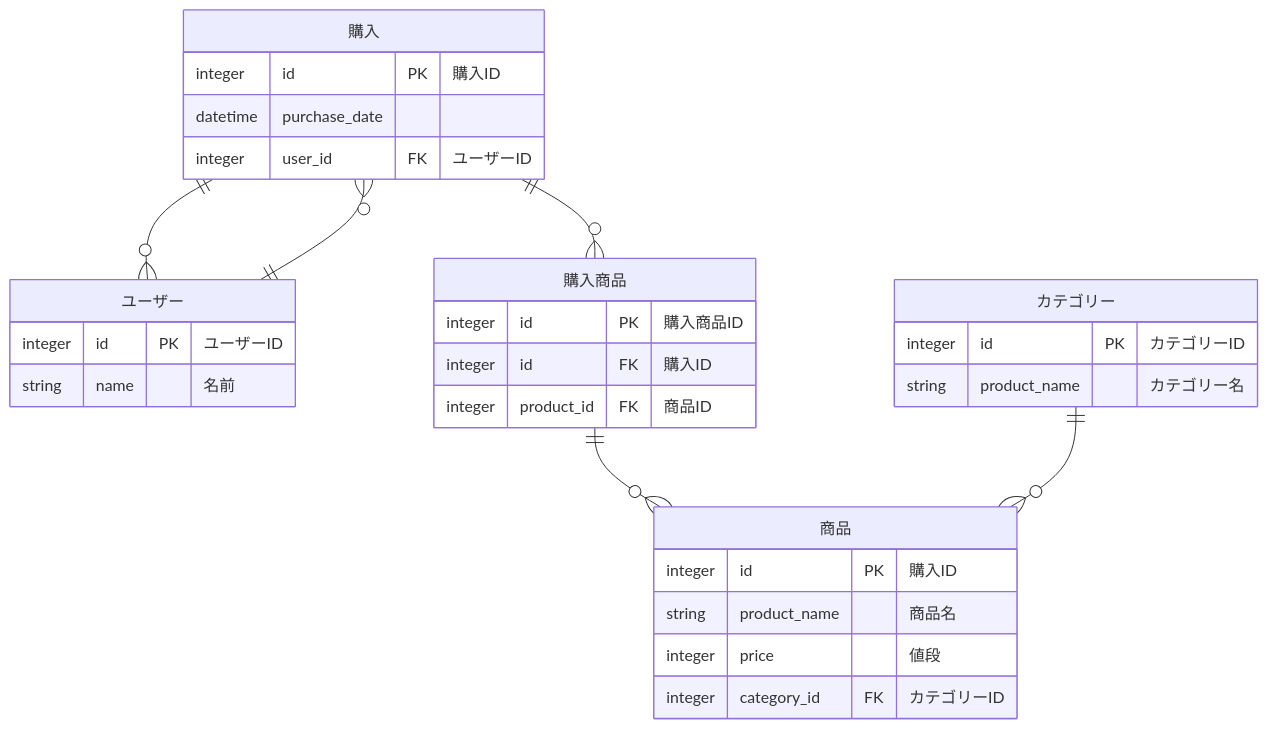
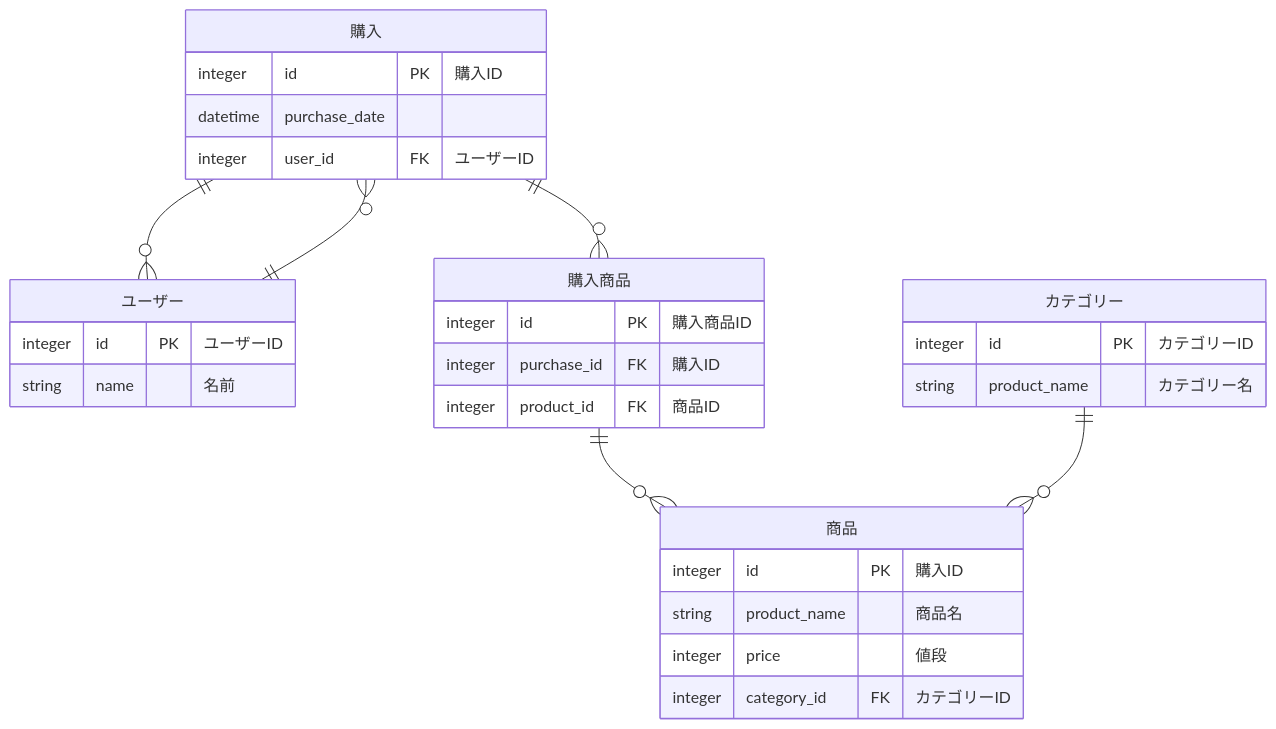
Before and after one commit to shuntaron/apprentice: the diagram in week5-6/02_quest/20_ER_DIAGRAM/README.md, drawn with Mermaid.

Commit message:
Update week5-6 20_ER_DIAGRAM STEP1

````diff
--- a/week5-6/02_quest/20_ER_DIAGRAM/README.md
+++ b/week5-6/02_quest/20_ER_DIAGRAM/README.md
@@ -56,37 +56,37 @@
 ```mermaid
 erDiagram
   "購入"        ||--o{ "ユーザー": ""
   "購入"        ||--o{ "購入商品": ""
   "ユーザー"    ||--o{ "購入": ""
   "購入商品"    ||--o{ "商品": ""
   "カテゴリー"   ||--o{ "商品": ""
 
   "購入" {
     integer   id             PK  "購入ID"
     datetime  purchase_date    
     integer   user_id        FK  "ユーザーID"
   }
   
   "ユーザー" {
     integer   id             PK  "ユーザーID"
     string    name               "名前"
   }
 
   "購入商品" {
     integer   id             PK  "購入商品ID"
-    integer   id             FK  "購入ID"
+    integer   purchase_id    FK  "購入ID"
     integer   product_id     FK  "商品ID"
   }
 
   "商品" {
     integer   id             PK  "購入ID"
     string    product_name       "商品名"
     integer   price              "値段"
     integer   category_id    FK  "カテゴリーID"
   }
 
   "カテゴリー" {
     integer   id             PK  "カテゴリーID"
     string    product_name       "カテゴリー名"
   }
 ```
````
